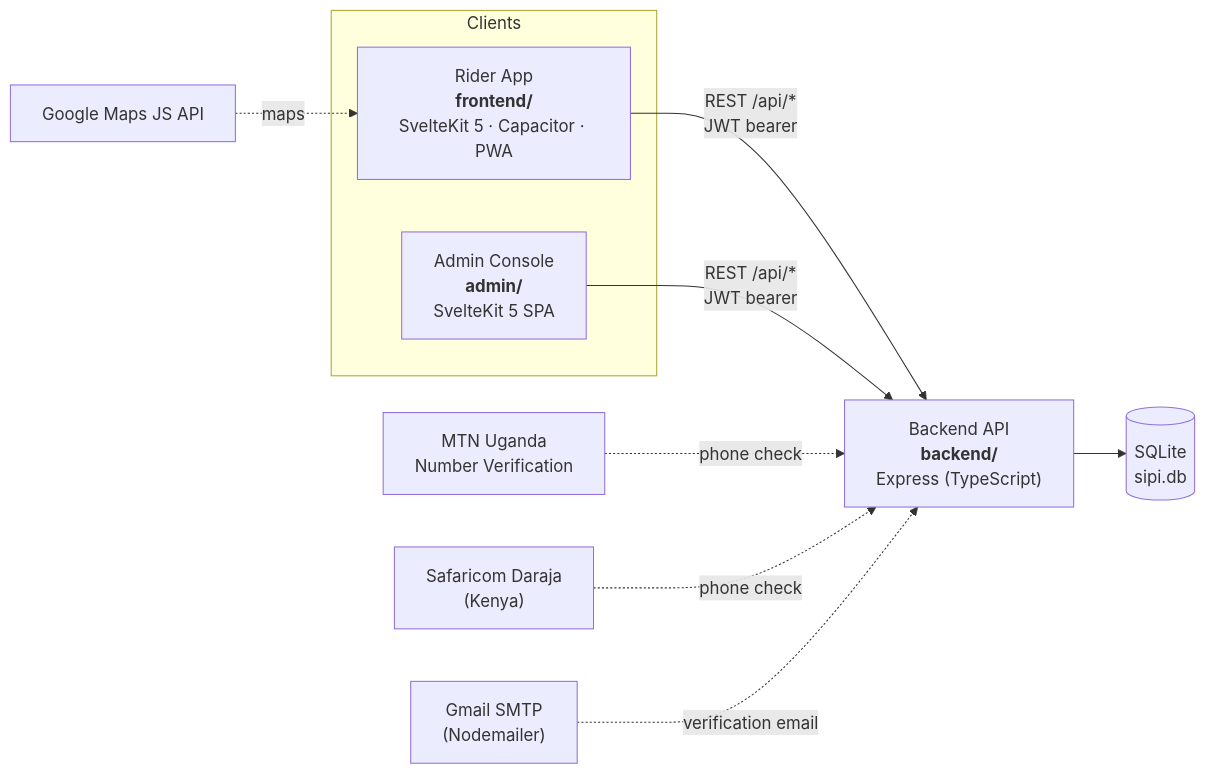
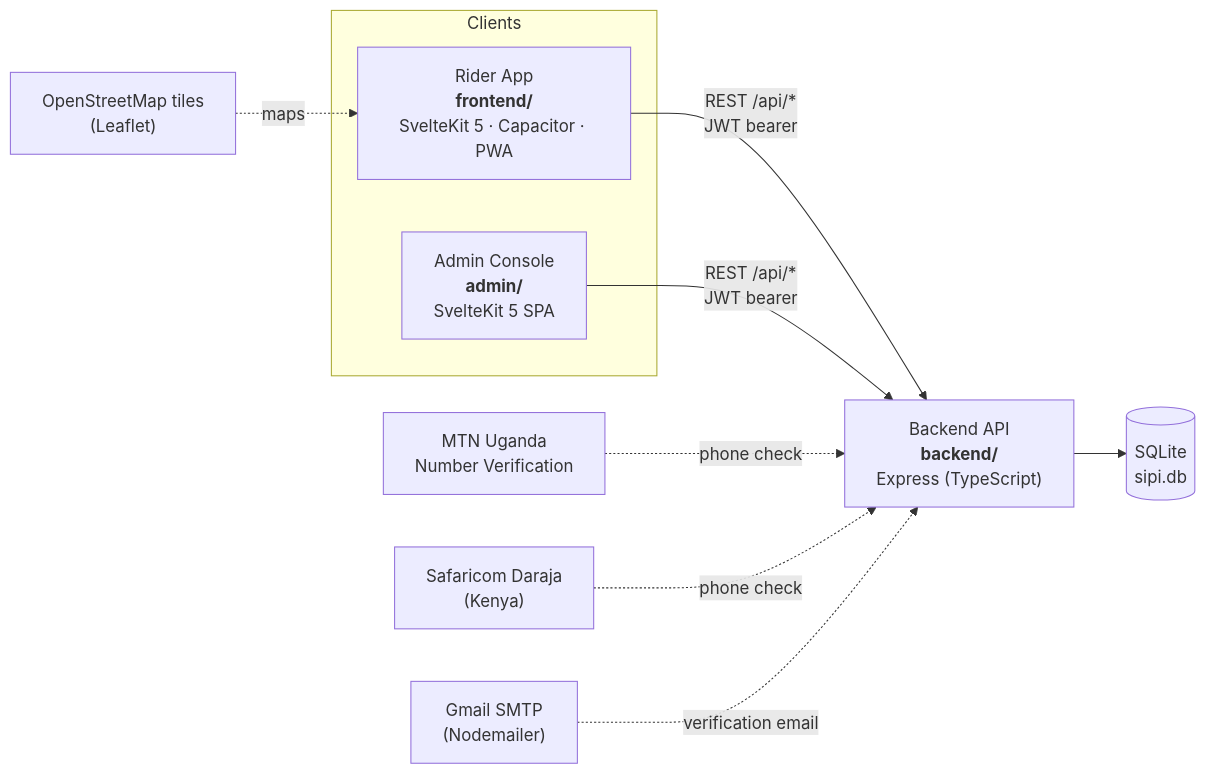
One commit to IVYIMOH/My_rider changed the first of 10 diagrams in docs/ARCHITECTURE.md. Above: the diagram before and after it, drawn with Mermaid. The commit also changed other lines of this file and 15 other files, not shown here.

````diff
--- a/docs/ARCHITECTURE.md
+++ b/docs/ARCHITECTURE.md
@@ -21,19 +21,19 @@
 ```mermaid
 flowchart LR
     subgraph "Clients"
         A["Rider App<br/><b>frontend/</b><br/>SvelteKit 5 · Capacitor · PWA"]
         C["Admin Console<br/><b>admin/</b><br/>SvelteKit 5 SPA"]
     end
 
     B["Backend API<br/><b>backend/</b><br/>Express (TypeScript)"]
     D[("SQLite<br/>sipi.db")]
 
     A -- "REST /api/*<br/>JWT bearer" --> B
     C -- "REST /api/*<br/>JWT bearer" --> B
     B --> D
 
     E["MTN Uganda<br/>Number Verification"] -. "phone check" .-> B
     F["Safaricom Daraja<br/>(Kenya)"] -. "phone check" .-> B
     G["Gmail SMTP<br/>(Nodemailer)"] -. "verification email" .-> B
-    H["Google Maps JS API"] -. "maps" .-> A
+    H["OpenStreetMap tiles<br/>(Leaflet)"] -. "maps" .-> A
 ```
````
